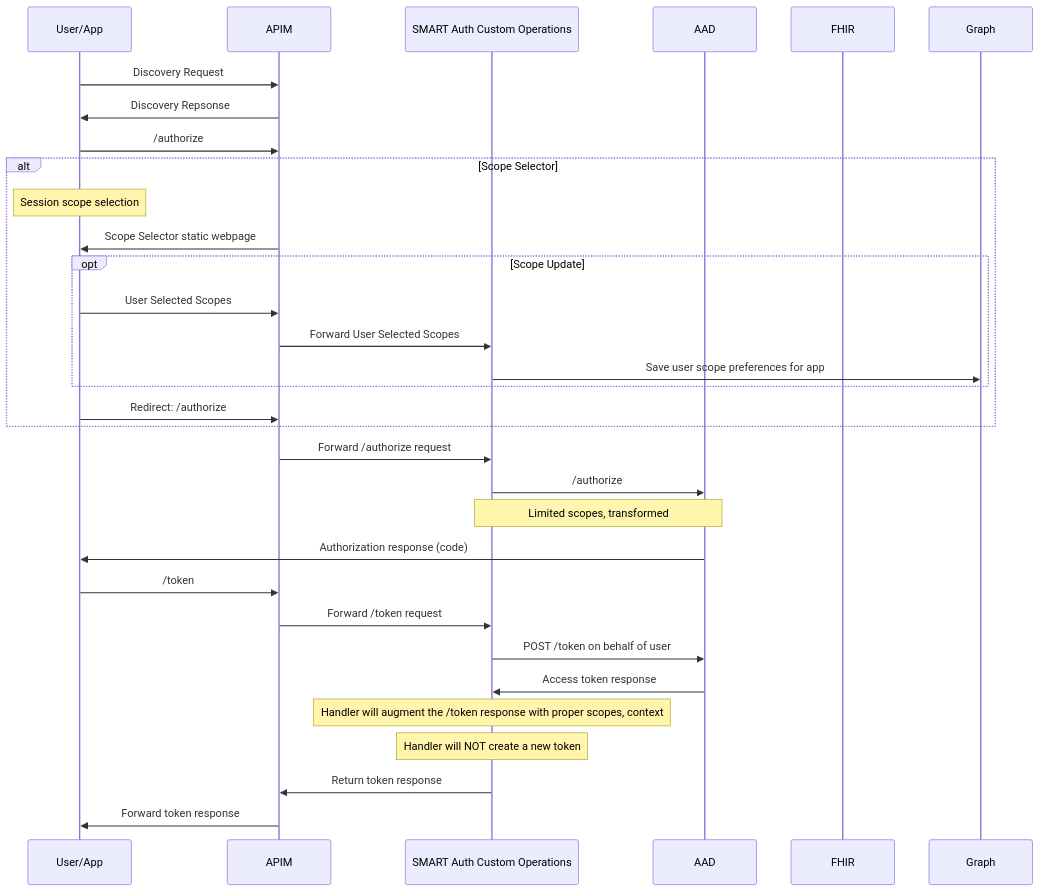
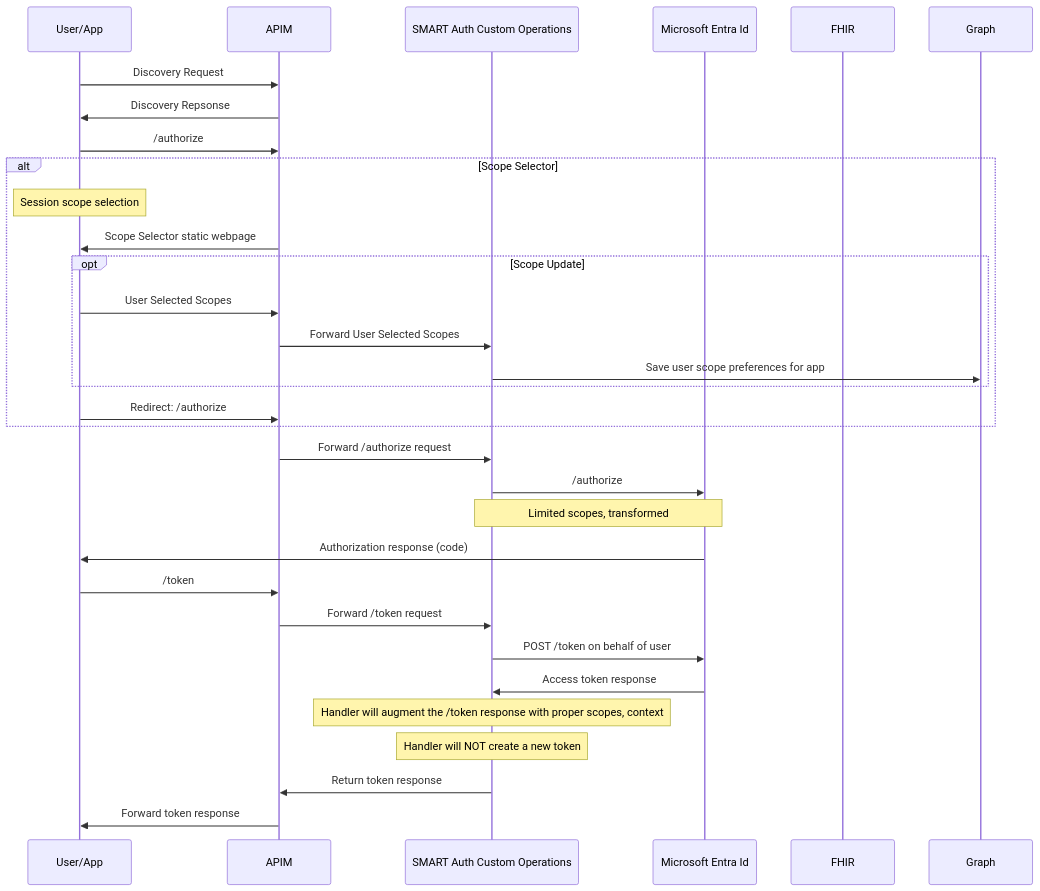
Before and after one commit to Azure-Samples/azure-health-data-and-ai-samples: the third of 3 diagrams in samples/smartonfhir/docs/technical-guide.md, drawn with Mermaid. The commit also changed other lines of this file and 13 other files, not shown here.

Commit message:
Updated AAD to Entra Id

````diff
--- a/samples/smartonfhir/docs/technical-guide.md
+++ b/samples/smartonfhir/docs/technical-guide.md
@@ -101,36 +101,36 @@
 ```mermaid
   sequenceDiagram
     participant User/App
     participant APIM
     participant SMART Auth Custom Operations
-    participant AAD
+    participant Microsoft Entra Id
     participant FHIR
     participant Graph
     User/App ->> APIM: Discovery Request
     APIM ->> User/App: Discovery Repsonse
     User/App ->> APIM: /authorize
     alt Scope Selector
         note over User/App: Session scope selection
         APIM ->> User/App: Scope Selector static webpage
         opt Scope Update
             User/App ->> APIM: User Selected Scopes
             APIM ->> SMART Auth Custom Operations:  Forward User Selected Scopes
             SMART Auth Custom Operations ->> Graph: Save user scope preferences for app
         end
         
         User/App ->> APIM: Redirect: /authorize        
     end
 
     APIM ->> SMART Auth Custom Operations: Forward /authorize request    
-    SMART Auth Custom Operations ->> AAD: /authorize
-    note over SMART Auth Custom Operations, AAD: Limited scopes, transformed
-    AAD ->> User/App: Authorization response (code)
+    SMART Auth Custom Operations ->> Microsoft Entra Id: /authorize
+    note over SMART Auth Custom Operations, Microsoft Entra Id: Limited scopes, transformed
+    Microsoft Entra Id ->> User/App: Authorization response (code)
     User/App ->> APIM: /token
     APIM ->> SMART Auth Custom Operations: Forward /token request
-    SMART Auth Custom Operations ->> AAD: POST /token on behalf of user
-    AAD ->> SMART Auth Custom Operations: Access token response
+    SMART Auth Custom Operations ->> Microsoft Entra Id: POST /token on behalf of user
+    Microsoft Entra Id ->> SMART Auth Custom Operations: Access token response
     note over SMART Auth Custom Operations: Handler will augment the /token response with proper scopes, context
     note over SMART Auth Custom Operations: Handler will NOT create a new token
     SMART Auth Custom Operations ->> APIM: Return token response
     APIM ->> User/App: Forward token response
 ```
````
